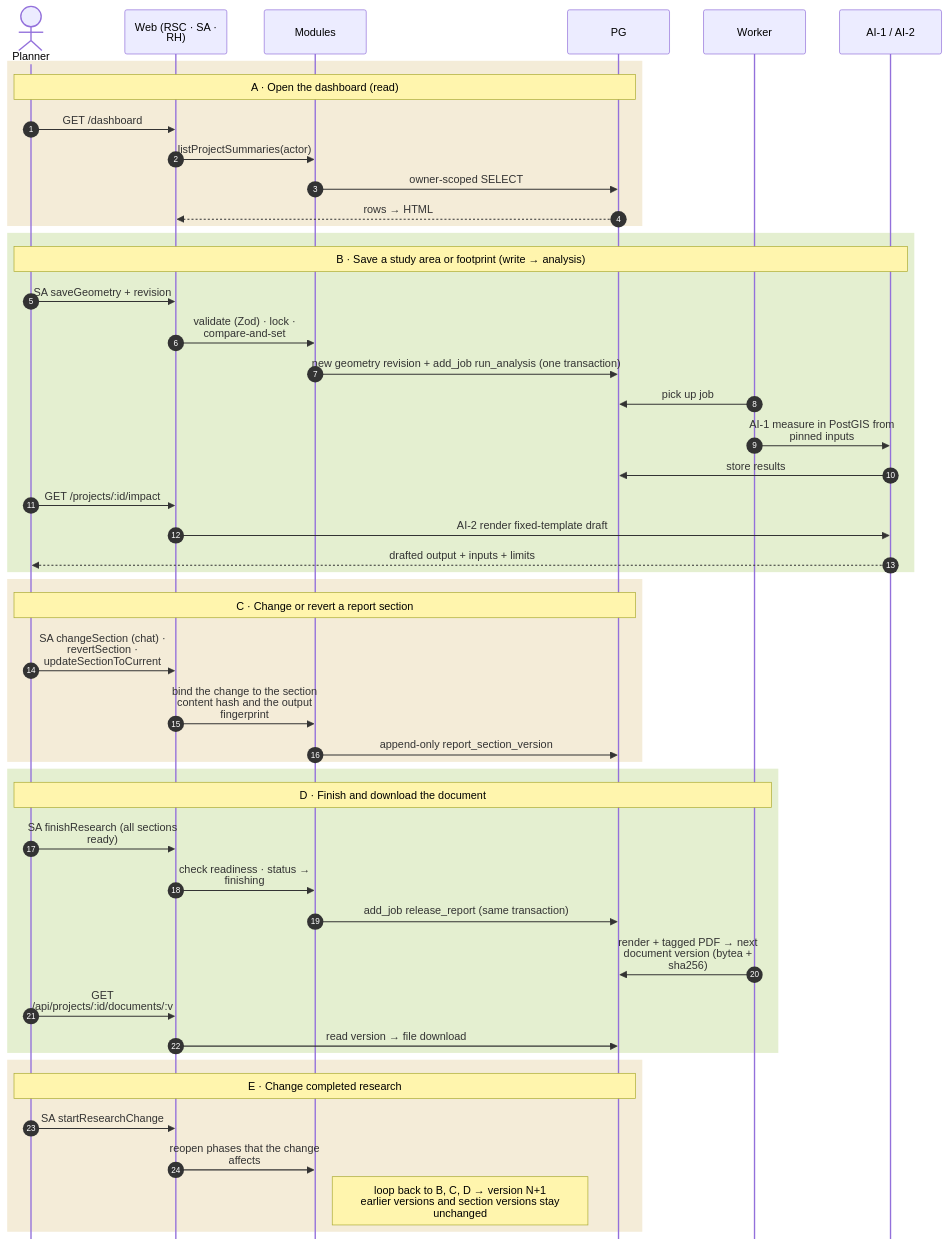
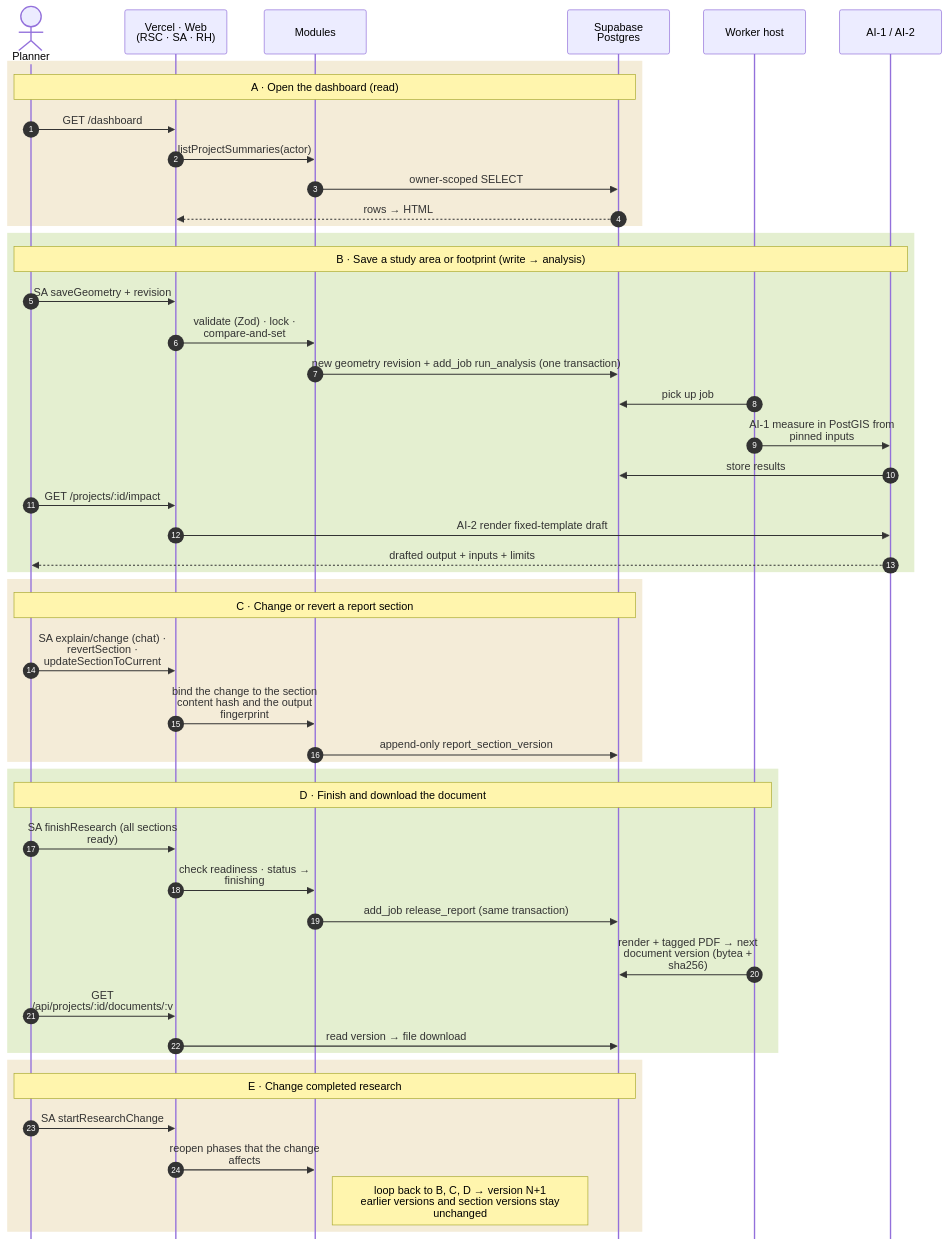
Before and after one commit to Aru27-byte/UPlan: the second of 2 diagrams in TechDesign/architecture-diagram.md, drawn with Mermaid. The commit also changed other lines of this file and 61 other files, not shown here.

````diff
--- a/TechDesign/architecture-diagram.md
+++ b/TechDesign/architecture-diagram.md
@@ -121,56 +101,56 @@
 ```mermaid
 %%{init: {"sequence": {"mirrorActors": false, "wrap": true}}}%%
 sequenceDiagram
   autonumber
   actor U as Planner
-  participant W as Web (RSC · SA · RH)
+  participant W as Vercel · Web (RSC · SA · RH)
   participant M as Modules
-  participant DB as PG
-  participant Q as Worker
+  participant DB as Supabase Postgres
+  participant Q as Worker host
   participant AI as AI-1 / AI-2
 
   rect rgb(244, 236, 216)
   Note over U,DB: A · Open the dashboard (read)
   U->>W: GET /dashboard
   W->>M: listProjectSummaries(actor)
   M->>DB: owner-scoped SELECT
   DB-->>W: rows → HTML
   end
 
   rect rgb(228, 239, 208)
   Note over U,AI: B · Save a study area or footprint (write → analysis)
   U->>W: SA saveGeometry + revision
   W->>M: validate (Zod) · lock · compare-and-set
   M->>DB: new geometry revision + add_job run_analysis (one transaction)
   Q->>DB: pick up job
   Q->>AI: AI-1 measure in PostGIS from pinned inputs
   AI->>DB: store results
   U->>W: GET /projects/:id/impact
   W->>AI: AI-2 render fixed-template draft
   AI-->>U: drafted output + inputs + limits
   end
 
   rect rgb(244, 236, 216)
   Note over U,DB: C · Change or revert a report section
-  U->>W: SA changeSection (chat) · revertSection · updateSectionToCurrent
+  U->>W: SA explain/change (chat) · revertSection · updateSectionToCurrent
   W->>M: bind the change to the section content hash and the output fingerprint
   M->>DB: append-only report_section_version
   end
 
   rect rgb(228, 239, 208)
   Note over U,Q: D · Finish and download the document
   U->>W: SA finishResearch (all sections ready)
   W->>M: check readiness · status → finishing
   M->>DB: add_job release_report (same transaction)
   Q->>DB: render + tagged PDF → next document version (bytea + sha256)
   U->>W: GET /api/projects/:id/documents/:v
   W->>DB: read version → file download
   end
 
   rect rgb(244, 236, 216)
   Note over U,DB: E · Change completed research
   U->>W: SA startResearchChange
   W->>M: reopen phases that the change affects
   Note right of M: loop back to B, C, D → version N+1<br/>earlier versions and section versions stay unchanged
   end
 ```
````
